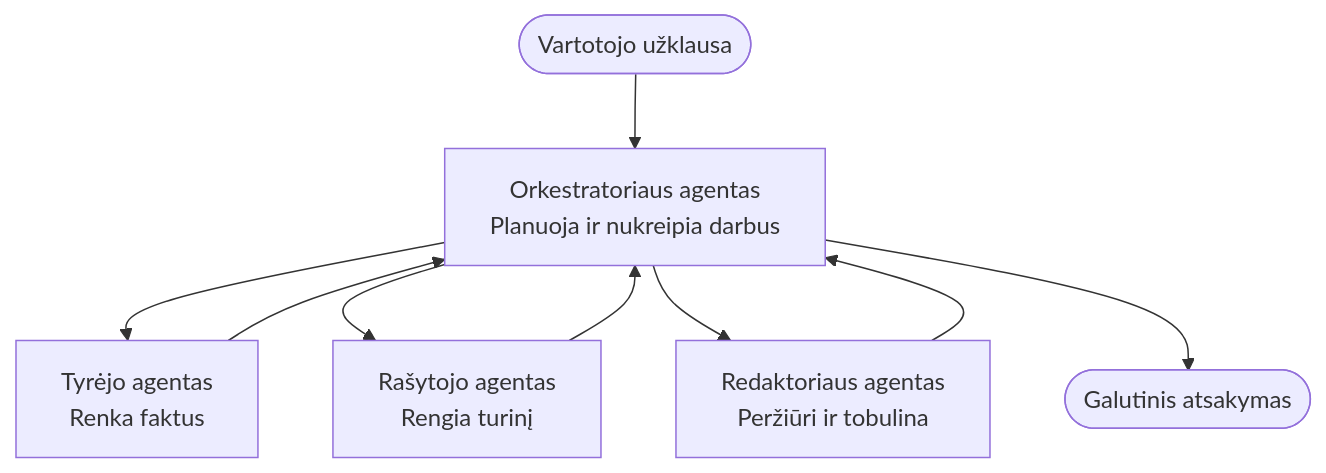
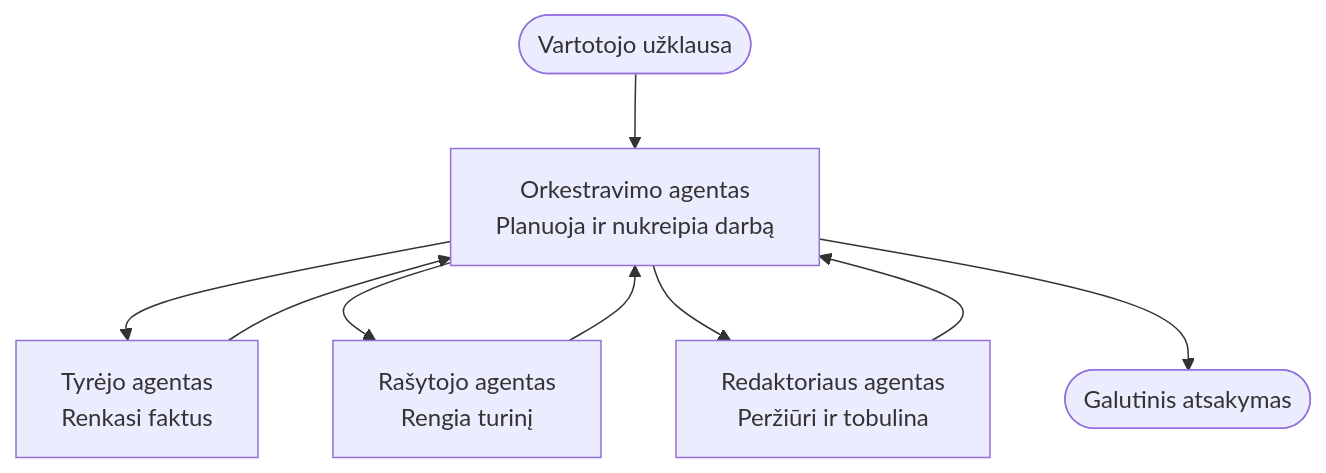
One commit to microsoft/AZD-for-beginners changed the diagram in translations/lt/docs/chapter-05-multi-agent/multi-agent-basics.md. Above: the diagram before and after it, drawn with Mermaid. The commit also changed other lines of this file and 59 other files, not shown here.

````diff
--- a/translations/lt/docs/chapter-05-multi-agent/multi-agent-basics.md
+++ b/translations/lt/docs/chapter-05-multi-agent/multi-agent-basics.md
@@ -43,11 +43,11 @@
 ```mermaid
 graph TD
-    User([Vartotojo užklausa]) --> Orchestrator[Orkestratoriaus agentas<br/>Planuoja ir nukreipia darbus]
-    Orchestrator --> Researcher[Tyrėjo agentas<br/>Renka faktus]
+    User([Vartotojo užklausa]) --> Orchestrator[Orkestravimo agentas<br/>Planuoja ir nukreipia darbą]
+    Orchestrator --> Researcher[Tyrėjo agentas<br/>Renkasi faktus]
     Orchestrator --> Writer[Rašytojo agentas<br/>Rengia turinį]
     Orchestrator --> Editor[Redaktoriaus agentas<br/>Peržiūri ir tobulina]
     Researcher --> Orchestrator
     Writer --> Orchestrator
     Editor --> Orchestrator
     Orchestrator --> Result([Galutinis atsakymas])
 ```
````
